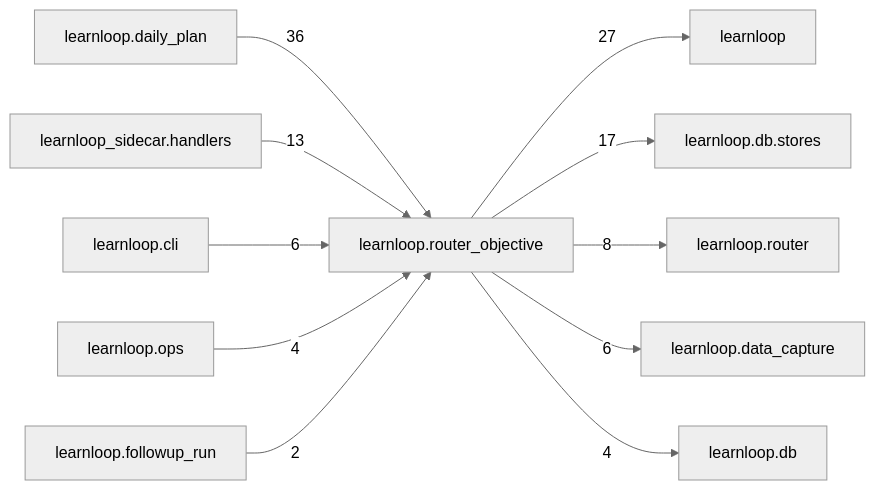
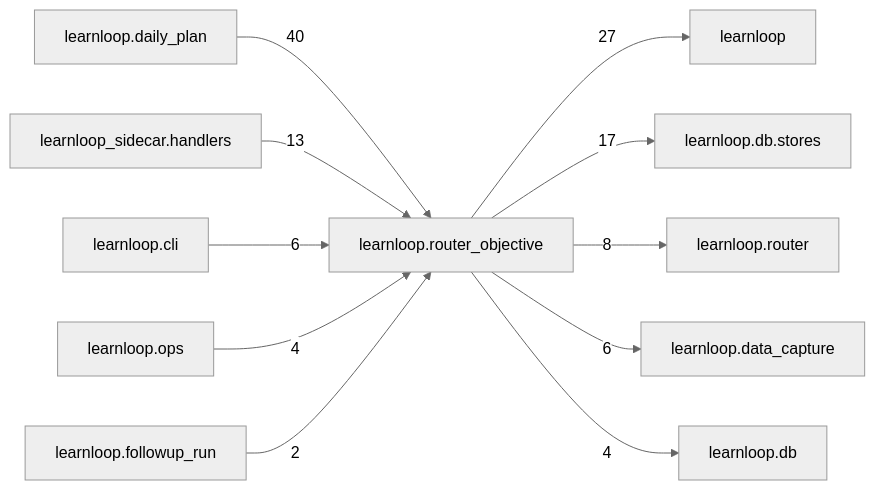
One commit to 6up-b/learnanything changed the diagram in docs/learnloop-architecture-vault/Reference/Modules/learnloop/router_objective/_package.md. Above: the diagram before and after it, drawn with Mermaid (neutral theme). The commit also changed other lines of this file and 22 other files, not shown here.

````diff
--- a/docs/learnloop-architecture-vault/Reference/Modules/learnloop/router_objective/_package.md
+++ b/docs/learnloop-architecture-vault/Reference/Modules/learnloop/router_objective/_package.md
@@ -155,24 +161,24 @@
 ```mermaid
 flowchart LR
     center["learnloop.router_objective"]
     n_learnloop_daily_plan["learnloop.daily_plan"]
     n_learnloop["learnloop"]
     n_learnloop_db_stores["learnloop.db.stores"]
     n_learnloop_sidecar_handlers["learnloop_sidecar.handlers"]
     n_learnloop_router["learnloop.router"]
     n_learnloop_cli["learnloop.cli"]
     n_learnloop_data_capture["learnloop.data_capture"]
     n_learnloop_db["learnloop.db"]
     n_learnloop_ops["learnloop.ops"]
     n_learnloop_followup_run["learnloop.followup_run"]
-    n_learnloop_daily_plan -->|36| center
+    n_learnloop_daily_plan -->|40| center
     center -->|27| n_learnloop
     center -->|17| n_learnloop_db_stores
     n_learnloop_sidecar_handlers -->|13| center
     center -->|8| n_learnloop_router
     n_learnloop_cli -->|6| center
     center -->|6| n_learnloop_data_capture
     center -->|4| n_learnloop_db
     n_learnloop_ops -->|4| center
     n_learnloop_followup_run -->|2| center
 ```
````
